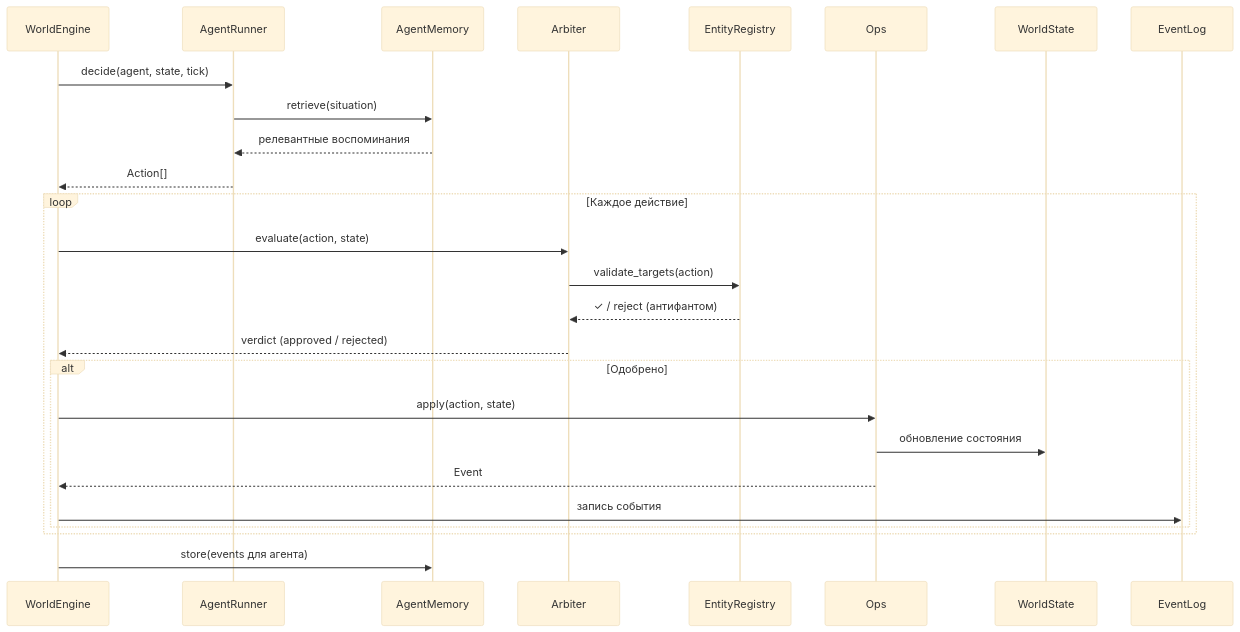
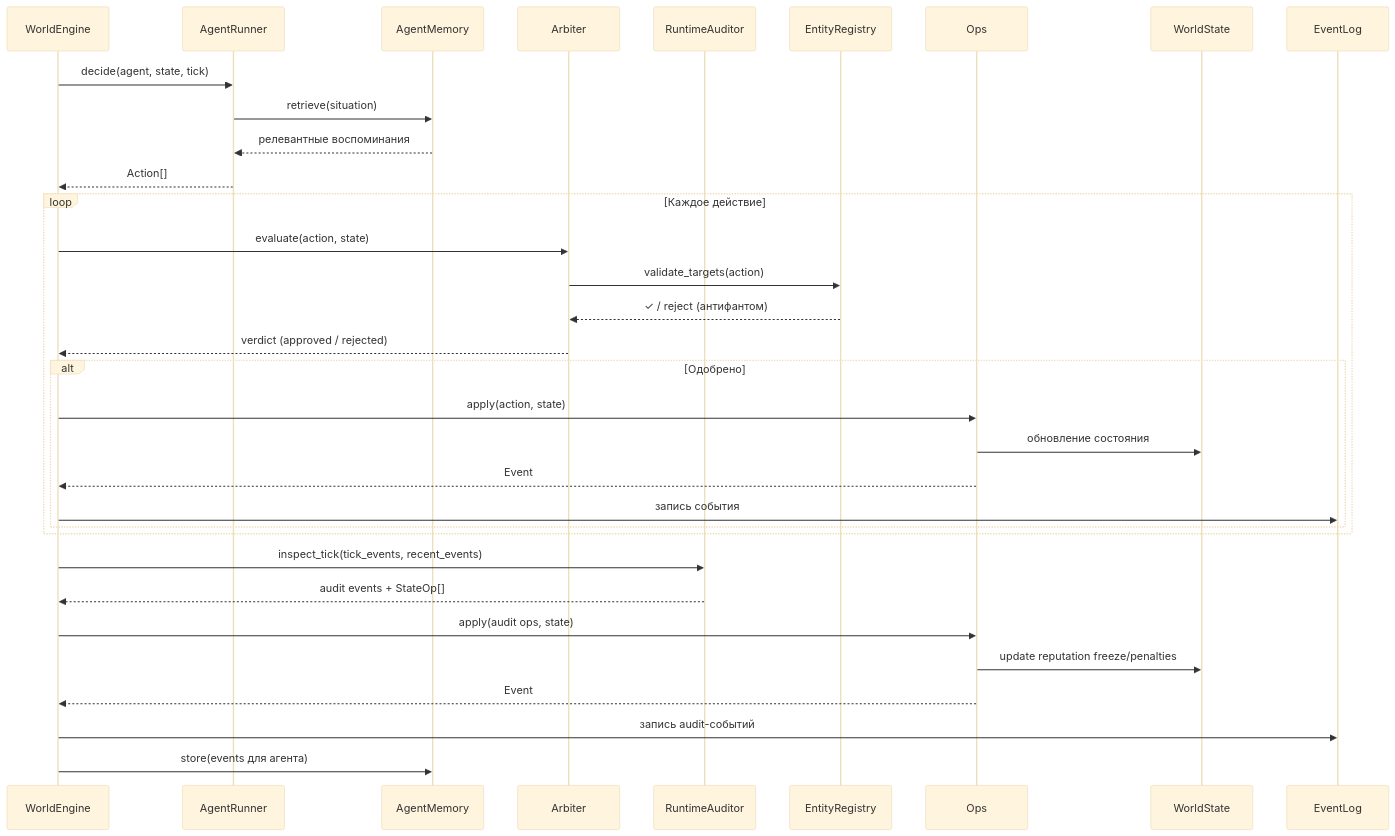
Before and after one commit to gliseop/SPHERE: the second of 3 diagrams in docs/architecture_guide.md, drawn with Mermaid (base theme). The commit also changed other lines of this file and 17 other files, not shown here.

First line of the commit message:
feat: introduce RuntimeAuditor for governance signal detection

````diff
--- a/docs/architecture_guide.md
+++ b/docs/architecture_guide.md
@@ -127,32 +133,40 @@
 ```mermaid
 sequenceDiagram
     participant E as WorldEngine
     participant A as AgentRunner
     participant M as AgentMemory
     participant Arb as Arbiter
+    participant Aud as RuntimeAuditor
     participant Ent as EntityRegistry
     participant O as Ops
     participant S as WorldState
     participant EL as EventLog
 
     E->>A: decide(agent, state, tick)
     A->>M: retrieve(situation)
     M-->>A: релевантные воспоминания
     A-->>E: Action[]
 
     loop Каждое действие
         E->>Arb: evaluate(action, state)
         Arb->>Ent: validate_targets(action)
         Ent-->>Arb: ✓ / reject (антифантом)
         Arb-->>E: verdict (approved / rejected)
 
         alt Одобрено
             E->>O: apply(action, state)
             O->>S: обновление состояния
             O-->>E: Event
             E->>EL: запись события
         end
     end
 
+    E->>Aud: inspect_tick(tick_events, recent_events)
+    Aud-->>E: audit events + StateOp[]
+    E->>O: apply(audit ops, state)
+    O->>S: update reputation freeze/penalties
+    O-->>E: Event
+    E->>EL: запись audit-событий
+
     E->>M: store(events для агента)
 ```
````
